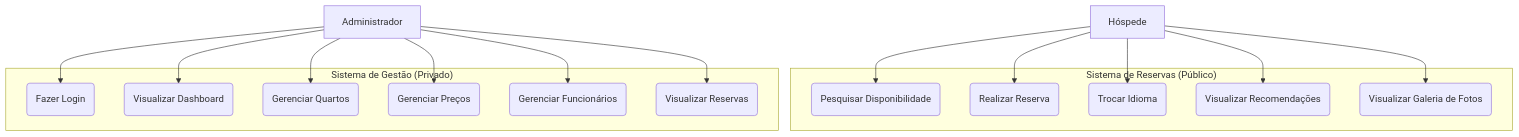
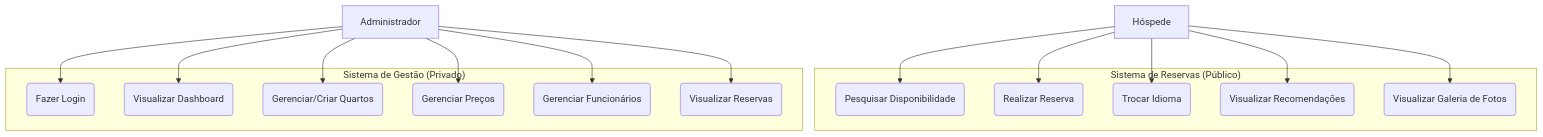
The diagram in DOCUMENTATION.md (gabriel1234-lab/Albergue), drawn with Mermaid before and after one commit. The commit also changed other lines of this file and 5 other files, not shown here.

````diff
--- a/DOCUMENTATION.md
+++ b/DOCUMENTATION.md
@@ -12,35 +12,35 @@
 ```mermaid
 graph TD
     Guest[Hóspede]
     Admin[Administrador]
 
     subgraph "Sistema de Reservas (Público)"
         UC1(Pesquisar Disponibilidade)
         UC2(Realizar Reserva)
         UC3(Trocar Idioma)
         UC4(Visualizar Recomendações)
         UC10(Visualizar Galeria de Fotos)
     end
 
     subgraph "Sistema de Gestão (Privado)"
         UC5(Fazer Login)
         UC9(Visualizar Dashboard)
-        UC6(Gerenciar Quartos)
+        UC6(Gerenciar/Criar Quartos)
         UC7(Gerenciar Preços)
         UC8(Gerenciar Funcionários)
         UC11(Visualizar Reservas)
     end
 
     Guest --> UC1
     Guest --> UC2
     Guest --> UC3
     Guest --> UC4
     Guest --> UC10
 
     Admin --> UC5
     Admin --> UC9
     Admin --> UC6
     Admin --> UC7
     Admin --> UC8
     Admin --> UC11
 ```
````
